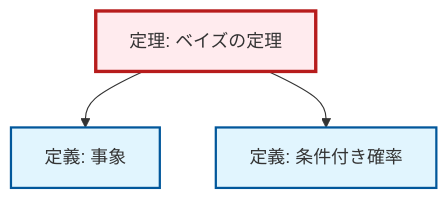
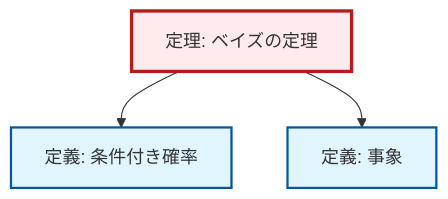
One commit to RK0429/ModernMath changed the diagram in content/ja/probability-statistics/thm-bayes.qmd. Above: the diagram before and after it, drawn with Mermaid. The commit also changed other lines of this file and 328 other files, not shown here.

````diff
--- a/content/ja/probability-statistics/thm-bayes.qmd
+++ b/content/ja/probability-statistics/thm-bayes.qmd
@@ -89,17 +89,17 @@
 ```{mermaid}
 %%| fig-cap: "ローカル依存関係グラフ"
 graph TD
     classDef definition fill:#e1f5fe,stroke:#01579b,stroke-width:2px
     classDef theorem fill:#f3e5f5,stroke:#4a148c,stroke-width:2px
     classDef axiom fill:#fff3e0,stroke:#e65100,stroke-width:2px
     classDef example fill:#e8f5e9,stroke:#1b5e20,stroke-width:2px
     classDef current fill:#ffebee,stroke:#b71c1c,stroke-width:3px
+    def-event["定義: 事象"]:::definition
     thm-bayes["定理: ベイズの定理"]:::theorem
     def-conditional-probability["定義: 条件付き確率"]:::definition
-    def-event["定義: 事象"]:::definition
+    thm-bayes --> def-conditional-probability
     thm-bayes --> def-event
-    thm-bayes --> def-conditional-probability
     class thm-bayes current
+    click def-event "def-event.html" "事象の定義へ"
     click def-conditional-probability "def-conditional-probability.html" "条件付き確率の定義へ"
-    click def-event "def-event.html" "事象の定義へ"
 ```
````
